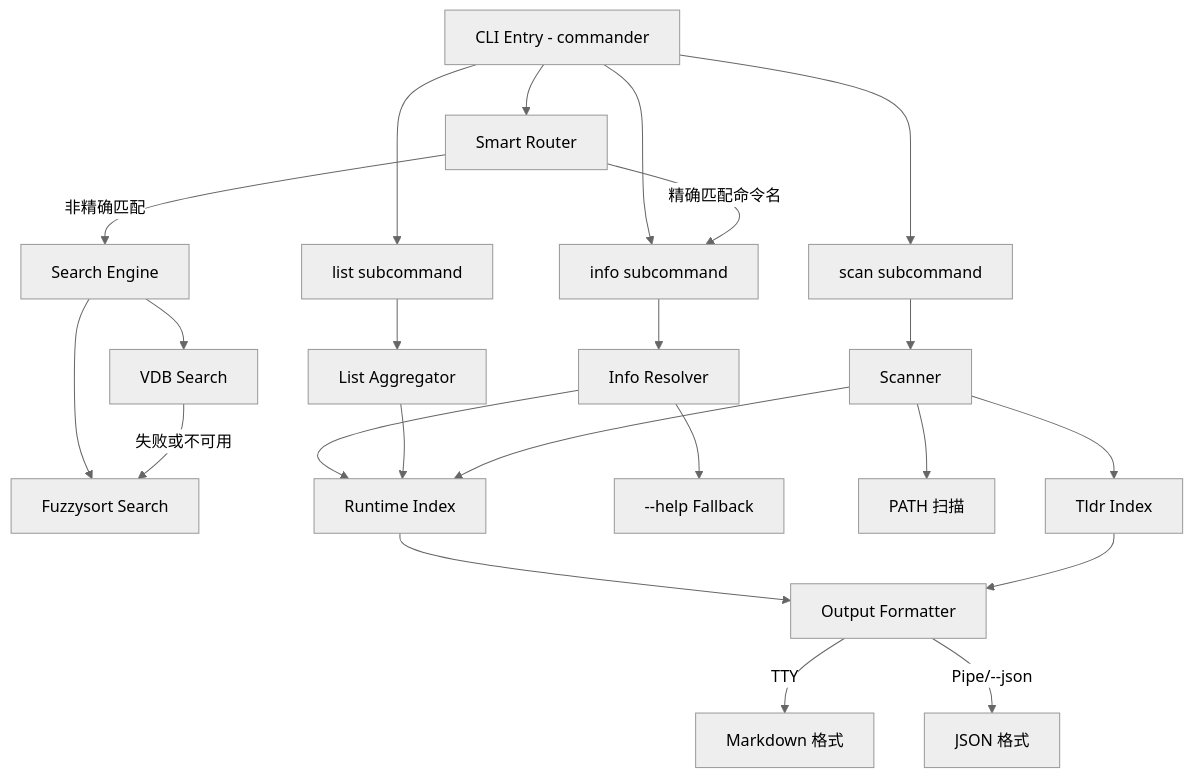
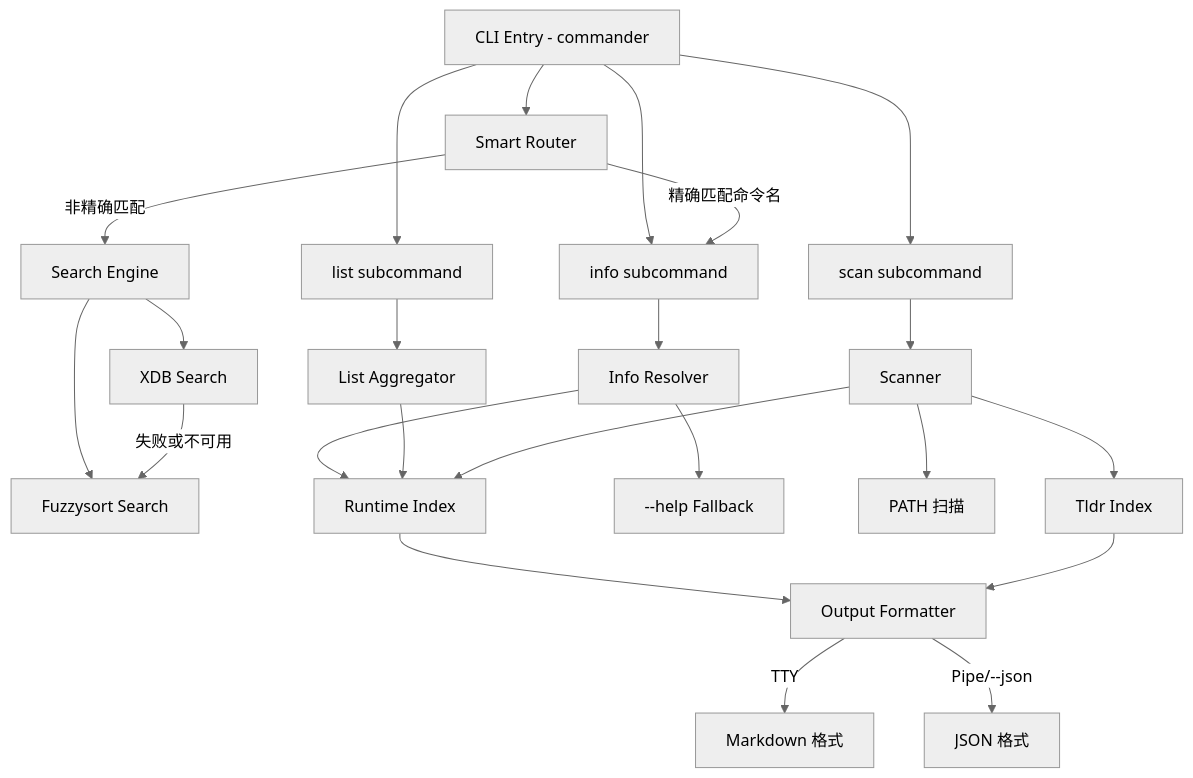
The diagram in .kiro/specs/cmds-cli/design.md (OneClawLab/cmds), drawn with Mermaid (neutral theme) before and after one commit. The commit also changed other lines of this file and 10 other files, not shown here.

Commit message:
fix typo: vdb -> xdb (new name)

````diff
--- a/.kiro/specs/cmds-cli/design.md
+++ b/.kiro/specs/cmds-cli/design.md
@@ -11,31 +11,31 @@
 ```mermaid
 graph TD
     A[CLI Entry - commander] --> B[Smart Router]
     A --> C[info subcommand]
     A --> D[list subcommand]
     A --> E[scan subcommand]
     
     B -->|精确匹配命令名| C
     B -->|非精确匹配| F[Search Engine]
     
-    F --> G[VDB Search]
+    F --> G[XDB Search]
     F --> H[Fuzzysort Search]
     G -->|失败或不可用| H
     
     C --> I[Info Resolver]
     I --> J[Runtime Index]
     I --> K[--help Fallback]
     
     D --> L[List Aggregator]
     L --> J
     
     E --> M[Scanner]
     M --> N[PATH 扫描]
     M --> O[Tldr Index]
     M --> J
     
     J --> P[Output Formatter]
     O --> P
     P -->|TTY| Q[Markdown 格式]
     P -->|Pipe/--json| R[JSON 格式]
 ```
````
